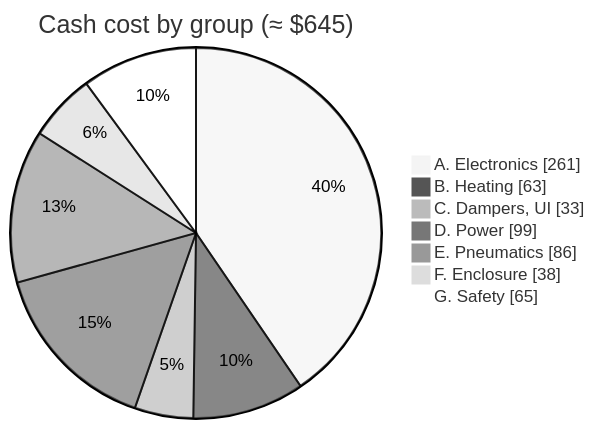
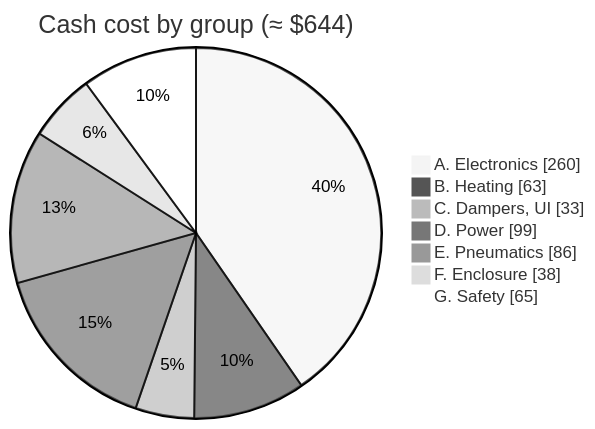
Before and after one commit to BashfulBits/3dp-fleet-exhaust: the diagram in docs/03_bill_of_materials.md, drawn with Mermaid (neutral theme). The commit also changed other lines of this file and 3 other files, not shown here.

````diff
--- a/docs/03_bill_of_materials.md
+++ b/docs/03_bill_of_materials.md
@@ -28,11 +28,11 @@
 ```mermaid
 pie showData
-  title Cash cost by group (≈ $645)
-  "A. Electronics" : 261
+  title Cash cost by group (≈ $644)
+  "A. Electronics" : 260
   "B. Heating" : 63
   "C. Dampers, UI" : 33
   "D. Power" : 99
   "E. Pneumatics" : 86
   "F. Enclosure" : 38
   "G. Safety" : 65
 ```
````
